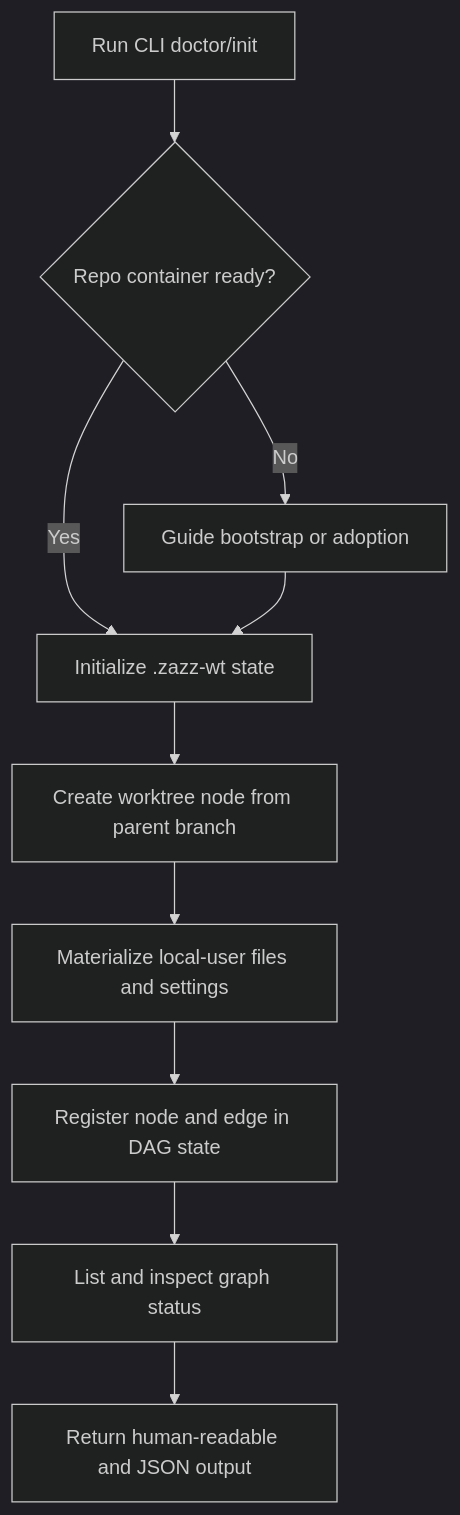
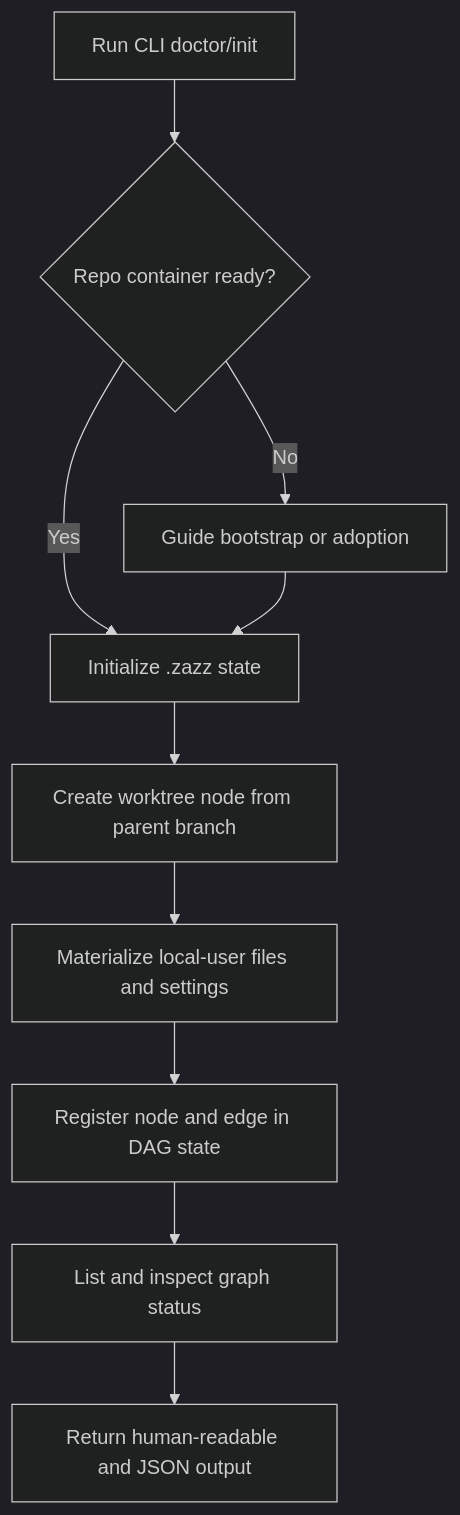
The second of 4 diagrams in docs/features/worktree-orchestration-cli.md (zazzcode/zazz), drawn with Mermaid (dark theme) before and after one commit. The commit also changed other lines of this file and 1 other file, not shown here.

````diff
--- a/docs/features/worktree-orchestration-cli.md
+++ b/docs/features/worktree-orchestration-cli.md
@@ -77,12 +77,12 @@
 ```mermaid
 flowchart TD
     A["Run CLI doctor/init"] --> B{"Repo container ready?"}
     B -->|No| C["Guide bootstrap or adoption"]
-    B -->|Yes| D["Initialize .zazz-wt state"]
+    B -->|Yes| D["Initialize .zazz state"]
     C --> D
     D --> E["Create worktree node from parent branch"]
     E --> F["Materialize local-user files and settings"]
     F --> G["Register node and edge in DAG state"]
     G --> H["List and inspect graph status"]
     H --> I["Return human-readable and JSON output"]
 ```
````
